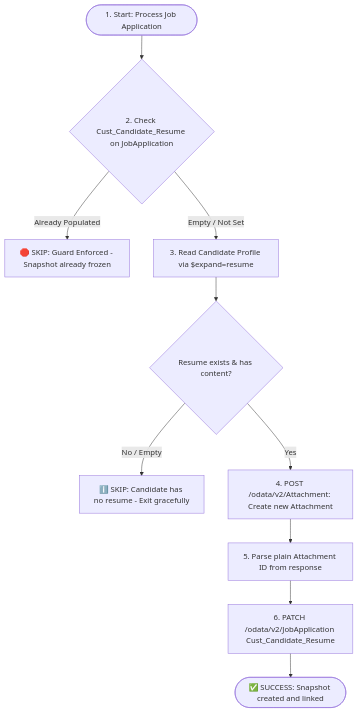
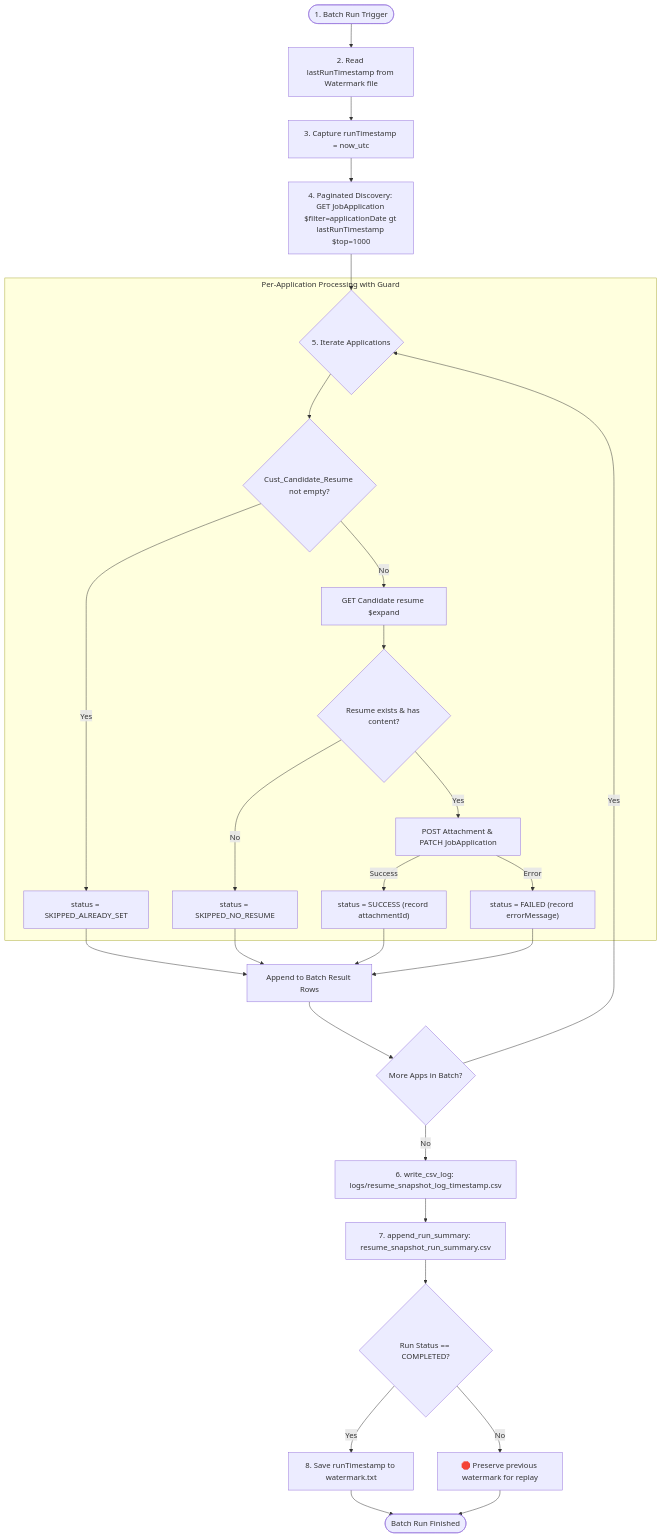
Before and after one commit to vanshaj8/SF_Resume_Move: the diagram in README.md, drawn with Mermaid. The commit also changed other lines of this file and 3 other files, not shown here.

Commit message:
feat(phase-2): Implement scheduled batch processing, paginated discovery, watermark management, and CSV logging

````diff
--- a/README.md
+++ b/README.md
@@ -32,14 +33,34 @@
 ```mermaid
 flowchart TD
-    Start([1. Start: Process Job Application]) --> GuardCheck{2. Check Cust_Candidate_Resume on JobApplication}
-    GuardCheck -- Already Populated --> SkipGuard[🛑 SKIP: Guard Enforced - Snapshot already frozen]
-    GuardCheck -- Empty / Not Set --> ReadCandidate[3. Read Candidate Profile via $expand=resume]
+    Start([1. Batch Run Trigger]) --> ReadWatermark[2. Read lastRunTimestamp from Watermark file]
+    ReadWatermark --> CaptureStartTime[3. Capture runTimestamp = now_utc]
+    CaptureStartTime --> QueryPaginated["4. Paginated Discovery: GET JobApplication $filter=applicationDate gt lastRunTimestamp $top=1000"]
     
-    ReadCandidate --> ResumeCheck{Resume exists & has content?}
-    ResumeCheck -- No / Empty --> SkipNoResume[ℹ️ SKIP: Candidate has no resume - Exit gracefully]
-    ResumeCheck -- Yes --> CreateAttachment[4. POST /odata/v2/Attachment: Create new Attachment]
+    QueryPaginated --> LoopApps{5. Iterate Applications}
     
-    CreateAttachment --> ParseID[5. Parse plain Attachment ID from response]
-    ParseID --> LinkApp[6. PATCH /odata/v2/JobApplication Cust_Candidate_Resume]
-    LinkApp --> Success([✅ SUCCESS: Snapshot created and linked])
+    subgraph AppProcessing [Per-Application Processing with Guard]
+        LoopApps --> CheckGuard{Cust_Candidate_Resume not empty?}
+        CheckGuard -- Yes --> SetSkippedSet["status = SKIPPED_ALREADY_SET"]
+        CheckGuard -- No --> FetchResume["GET Candidate resume $expand"]
+        FetchResume --> ResumeCheck{Resume exists & has content?}
+        ResumeCheck -- No --> SetSkippedNoResume["status = SKIPPED_NO_RESUME"]
+        ResumeCheck -- Yes --> TryUpload["POST Attachment & PATCH JobApplication"]
+        TryUpload -- Success --> SetSuccess["status = SUCCESS (record attachmentId)"]
+        TryUpload -- Error --> SetFailed["status = FAILED (record errorMessage)"]
+    end
+    
+    SetSkippedSet --> CollectRow[Append to Batch Result Rows]
+    SetSkippedNoResume --> CollectRow
+    SetSuccess --> CollectRow
+    SetFailed --> CollectRow
+    CollectRow --> NextApp{More Apps in Batch?}
+    NextApp -- Yes --> LoopApps
+    NextApp -- No --> WriteCSV["6. write_csv_log: logs/resume_snapshot_log_timestamp.csv"]
+    
+    WriteCSV --> AppendSummary["7. append_run_summary: resume_snapshot_run_summary.csv"]
+    AppendSummary --> CheckRunStatus{Run Status == COMPLETED?}
+    CheckRunStatus -- Yes --> AdvanceWatermark["8. Save runTimestamp to watermark.txt"]
+    CheckRunStatus -- No --> KeepWatermark["🛑 Preserve previous watermark for replay"]
+    AdvanceWatermark --> Done([Batch Run Finished])
+    KeepWatermark --> Done
 ```
````
